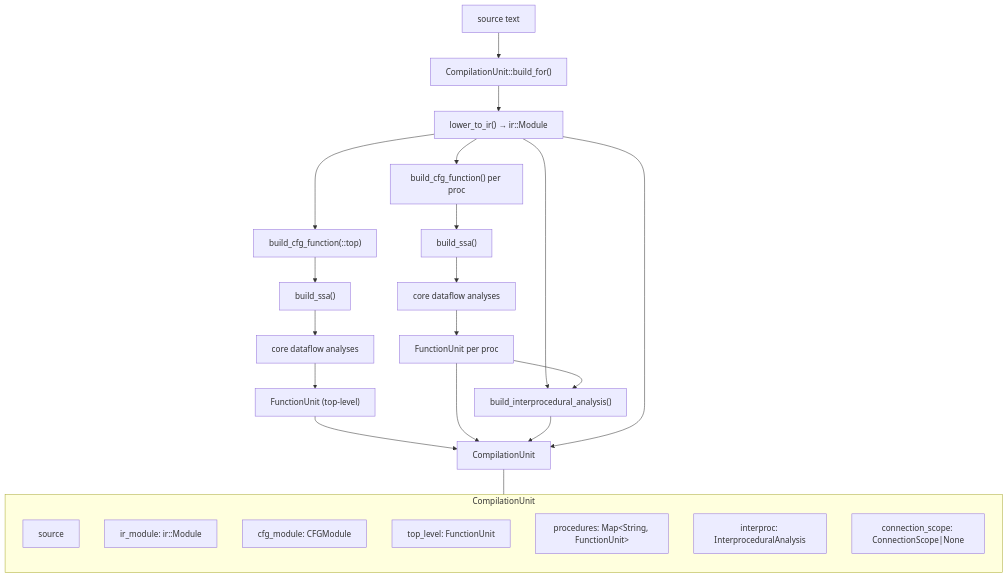
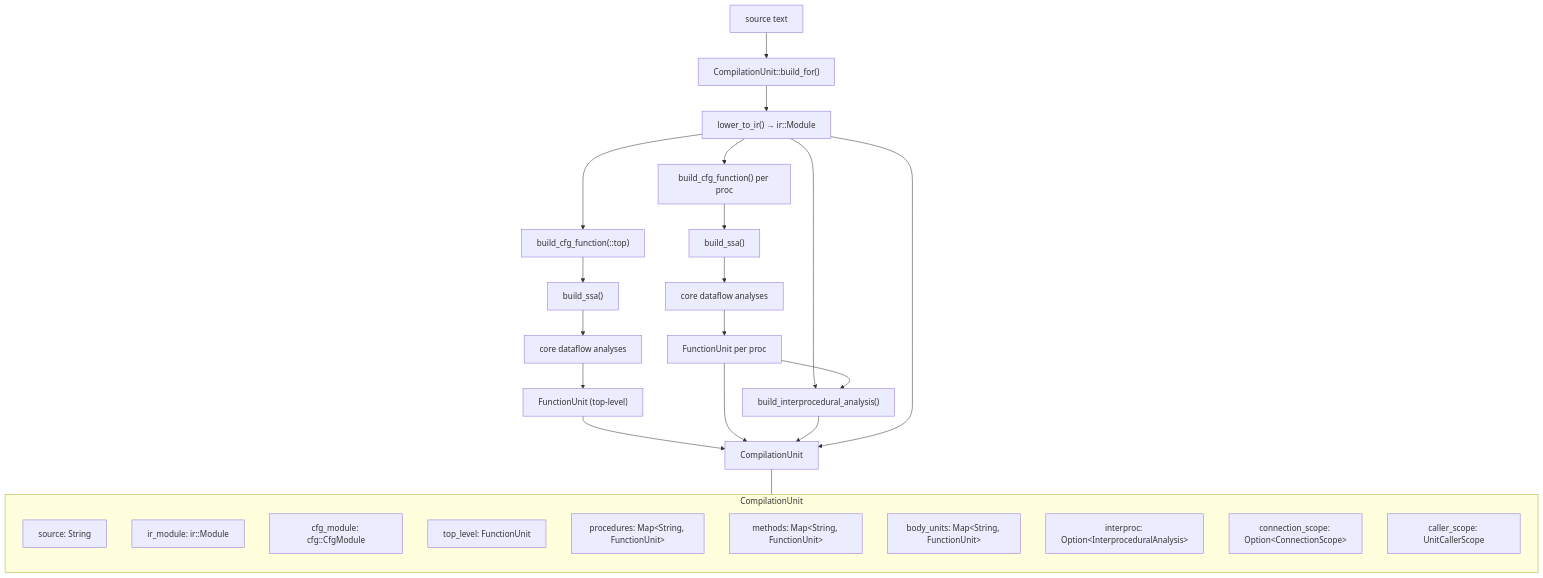
One commit to bitwisecook/tcl-lsp changed diagram 15 of 20 in docs/design/compiler-architecture.md. Above: the diagram before and after it, drawn with Mermaid. The commit also changed other lines of this file and 5 other files, not shown here.

````diff
--- a/docs/design/compiler-architecture.md
+++ b/docs/design/compiler-architecture.md
@@ -544,36 +665,39 @@
 ```mermaid
 flowchart TD
     SRC["source text"] --> CS["CompilationUnit::build_for()"]
 
     CS --> LOW["lower_to_ir() → ir::Module"]
     LOW --> CFG_T["build_cfg_function(::top)"]
     LOW --> CFG_P["build_cfg_function() per proc"]
     CFG_T --> SSA_T["build_ssa()"]
     CFG_P --> SSA_P["build_ssa()"]
     SSA_T --> ANA_T["core dataflow analyses"]
     SSA_P --> ANA_P["core dataflow analyses"]
 
     ANA_T --> TU["FunctionUnit (top-level)"]
     ANA_P --> PU["FunctionUnit per proc"]
 
     LOW --> IPA["build_interprocedural_analysis()"]
     PU --> IPA
 
     TU --> CU["CompilationUnit"]
     PU --> CU
     IPA --> CU
     LOW --> CU
 
     subgraph CompilationUnit
         direction TB
-        S["source"]
+        S["source: String"]
         IM["ir_module: ir::Module"]
-        CM["cfg_module: CFGModule"]
+        CM["cfg_module: cfg::CfgModule"]
         TL["top_level: FunctionUnit"]
         PR["procedures: Map&lt;String, FunctionUnit&gt;"]
-        IP["interproc: InterproceduralAnalysis"]
-        CO["connection_scope: ConnectionScope|None"]
+        ME["methods: Map&lt;String, FunctionUnit&gt;"]
+        BU["body_units: Map&lt;String, FunctionUnit&gt;"]
+        IP["interproc: Option&lt;InterproceduralAnalysis&gt;"]
+        CO["connection_scope: Option&lt;ConnectionScope&gt;"]
+        CS2["caller_scope: UnitCallerScope"]
     end
 
     CU --- CompilationUnit
 ```
````
